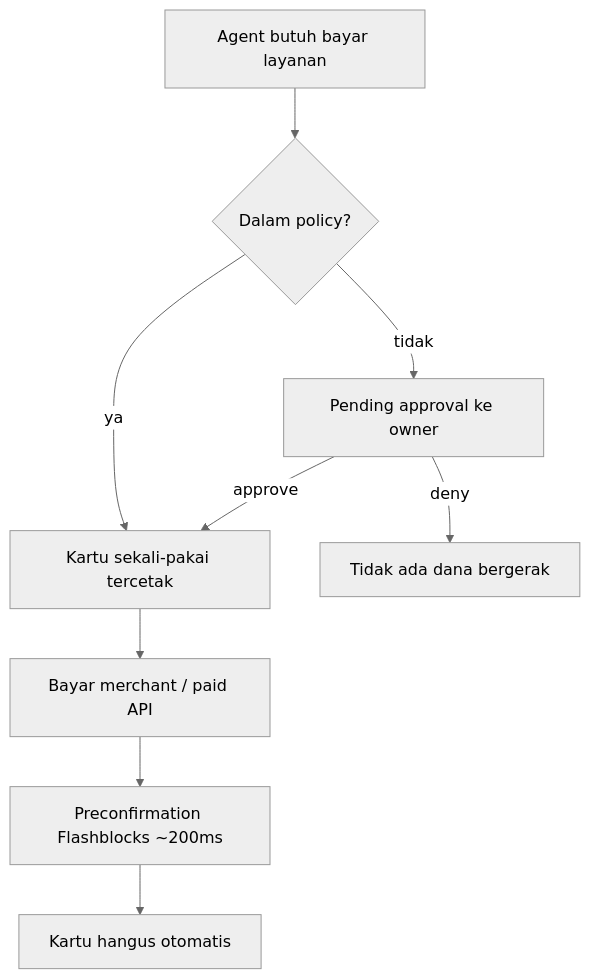
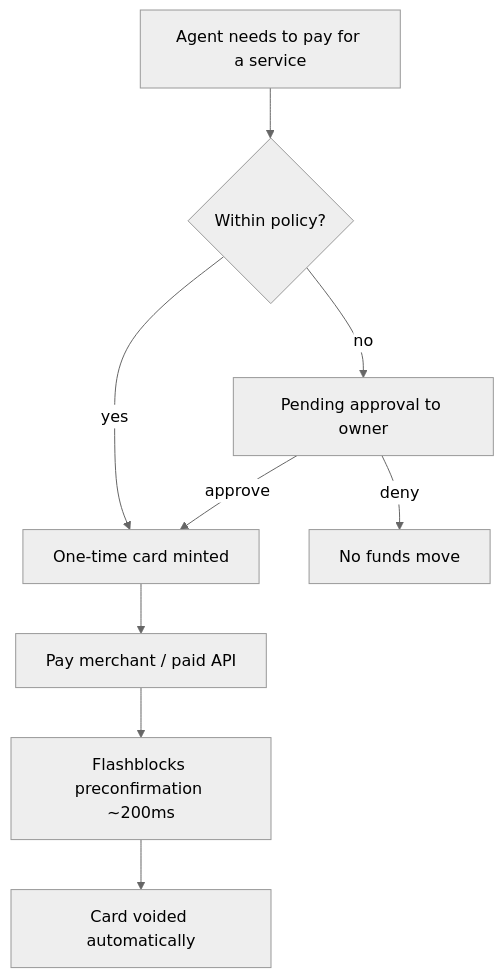
One commit to Lexirieru/agentcard changed the diagram in docs/brainstorms/2026-08-01-giwa-agent-card-requirements.md. Above: the diagram before and after it, drawn with Mermaid (neutral theme). The commit also changed other lines of this file and 1 other file, not shown here.

````diff
--- a/docs/brainstorms/2026-08-01-giwa-agent-card-requirements.md
+++ b/docs/brainstorms/2026-08-01-giwa-agent-card-requirements.md
@@ -108,11 +108,11 @@
 ```mermaid
 flowchart TB
-  A[Agent butuh bayar layanan] --> B{Dalam policy?}
-  B -->|ya| C[Kartu sekali-pakai tercetak]
-  B -->|tidak| D[Pending approval ke owner]
+  A[Agent needs to pay for a service] --> B{Within policy?}
+  B -->|yes| C[One-time card minted]
+  B -->|no| D[Pending approval to owner]
   D -->|approve| C
-  D -->|deny| E[Tidak ada dana bergerak]
-  C --> F[Bayar merchant / paid API]
-  F --> G[Preconfirmation Flashblocks ~200ms]
-  G --> H[Kartu hangus otomatis]
+  D -->|deny| E[No funds move]
+  C --> F[Pay merchant / paid API]
+  F --> G[Flashblocks preconfirmation ~200ms]
+  G --> H[Card voided automatically]
 ```
````
